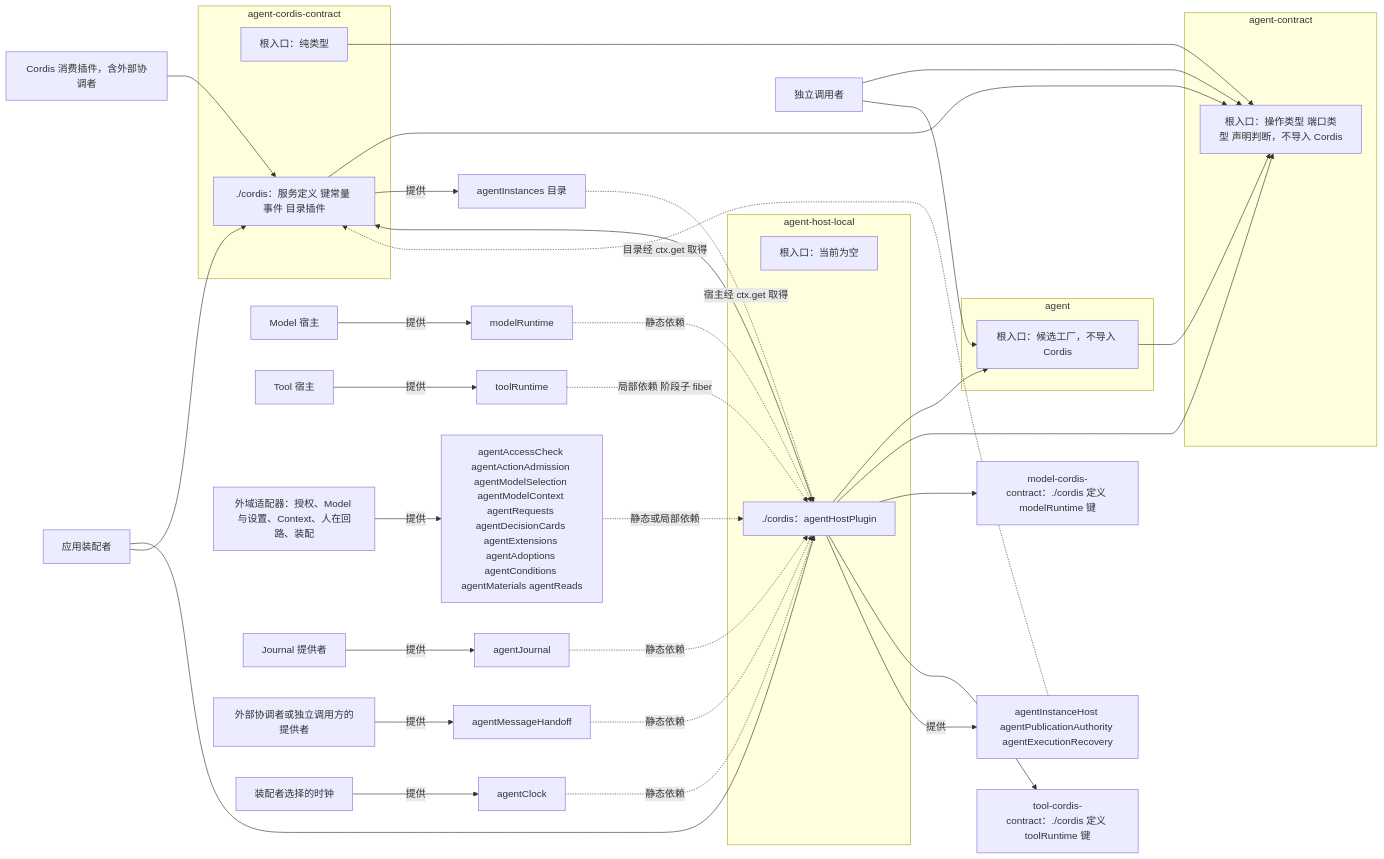
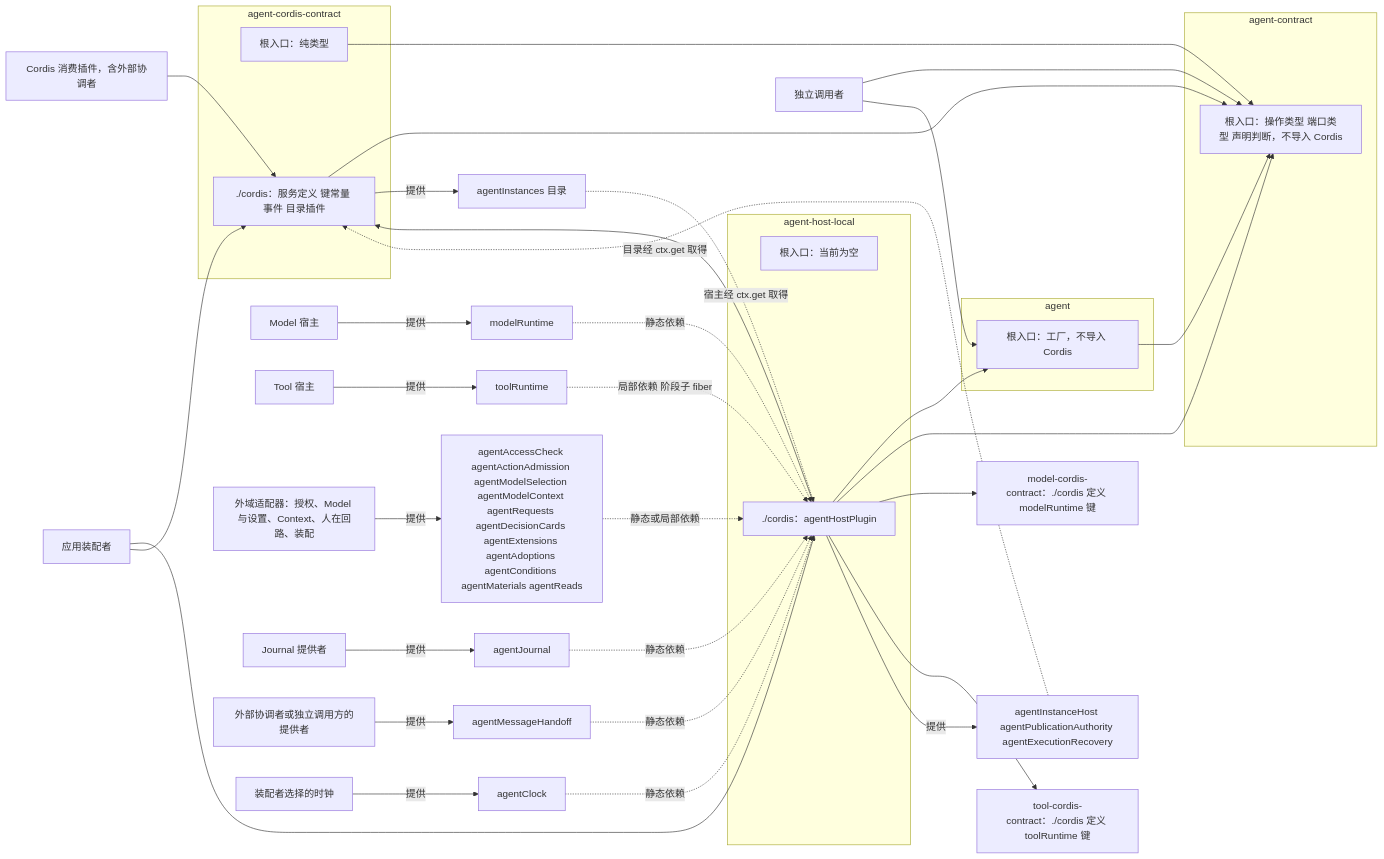
The third of 6 diagrams in packages/agent/agent-contract/docs/context.md (nemori-ai/omne-harness-lite), drawn with Mermaid before and after one commit. The commit also changed other lines of this file and 84 other files, not shown here.

````diff
--- a/packages/agent/agent-contract/docs/context.md
+++ b/packages/agent/agent-contract/docs/context.md
@@ -51,48 +51,48 @@
 ```mermaid
 flowchart LR
   subgraph PC[agent-contract]
     PCR["根入口：操作类型 端口类型 声明判断，不导入 Cordis"]
   end
   subgraph IM[agent]
-    IMR["根入口：候选工厂，不导入 Cordis"]
+    IMR["根入口：工厂，不导入 Cordis"]
   end
   subgraph DF[agent-cordis-contract]
     DFR["根入口：纯类型"]
     DFC["./cordis：服务定义 键常量 事件 目录插件"]
   end
   subgraph HL[agent-host-local]
     HLR["根入口：当前为空"]
     HLC["./cordis：agentHostPlugin"]
   end
   Ind[独立调用者] --> PCR
   Ind --> IMR
   IMR --> PCR
   DFR --> PCR
   DFC --> PCR
   Cons[Cordis 消费插件，含外部协调者] --> DFC
   HLC --> DFC
   HLC --> IMR
   HLC --> PCR
   App[应用装配者] --> HLC
   App --> DFC
   MCD["model-cordis-contract：./cordis 定义 modelRuntime 键"]
   TCD["tool-cordis-contract：./cordis 定义 toolRuntime 键"]
   HLC --> MCD
   HLC --> TCD
   MP["Model 宿主"] -->|提供| KMR["modelRuntime"]
   TP["Tool 宿主"] -->|提供| KTR["toolRuntime"]
   KMR -.->|静态依赖| HLC
   KTR -.->|局部依赖 阶段子 fiber| HLC
   HLC -->|提供| KH["agentInstanceHost agentPublicationAuthority agentExecutionRecovery"]
   DFC -->|提供| KD["agentInstances 目录"]
   EXA["外域适配器：授权、Model 与设置、Context、人在回路、装配"] -->|提供| KE["agentAccessCheck agentActionAdmission agentModelSelection agentModelContext agentRequests agentDecisionCards agentExtensions agentAdoptions agentConditions agentMaterials agentReads"]
   JP["Journal 提供者"] -->|提供| KJ["agentJournal"]
   CO["外部协调者或独立调用方的提供者"] -->|提供| KM["agentMessageHandoff"]
   CL["装配者选择的时钟"] -->|提供| KC["agentClock"]
   KE -.->|静态或局部依赖| HLC
   KJ -.->|静态依赖| HLC
   KM -.->|静态依赖| HLC
   KC -.->|静态依赖| HLC
   KH -.->|目录经 ctx.get 取得| DFC
   KD -.->|宿主经 ctx.get 取得| HLC
 ```
````
